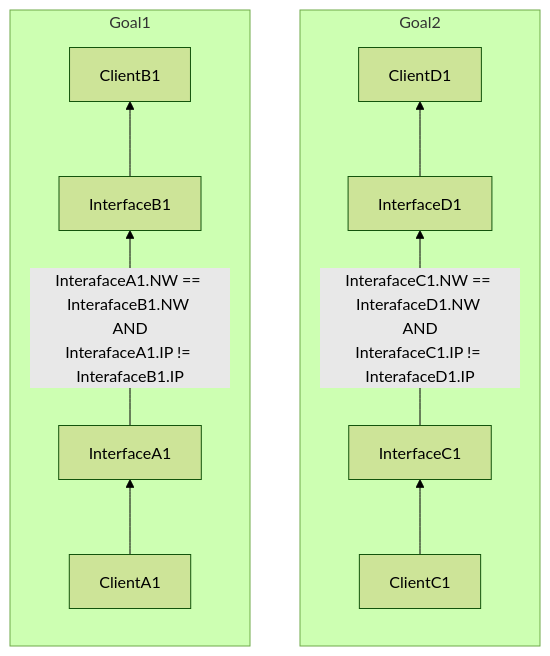
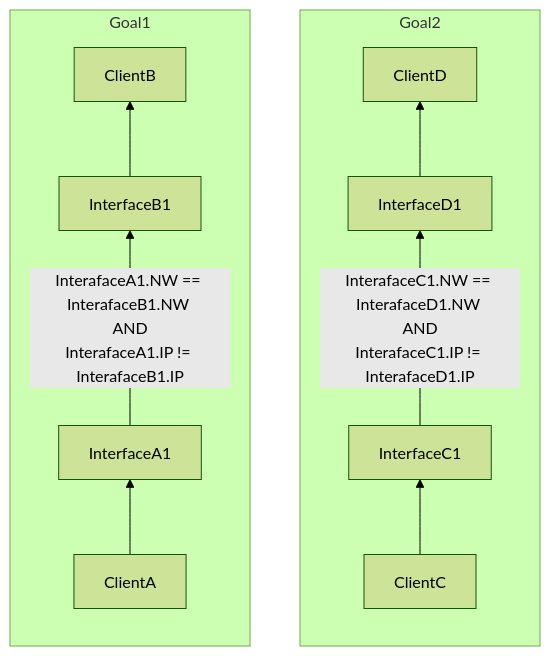
The first of 2 diagrams in level1.md (rikeda-cloud/net_practice), drawn with Mermaid (forest theme) before and after one commit. The commit also changed other lines of this file and 2 other files, not shown here.

````diff
--- a/level1.md
+++ b/level1.md
@@ -12,11 +12,11 @@
 ```mermaid
 flowchart
 subgraph Goal2
     direction BT
-    ClientC1-->InterfaceC1--InterafaceC1.NW == InterafaceD1.NW <br>AND<br>InterafaceC1.IP != InterafaceD1.IP-->InterfaceD1-->ClientD1
+    ClientC-->InterfaceC1--InterafaceC1.NW == InterafaceD1.NW <br>AND<br>InterafaceC1.IP != InterafaceD1.IP-->InterfaceD1-->ClientD
 end
 subgraph Goal1
     direction BT
-    ClientA1-->InterfaceA1--InterafaceA1.NW == InterafaceB1.NW <br>AND<br>InterafaceA1.IP != InterafaceB1.IP-->InterfaceB1-->ClientB1
+    ClientA-->InterfaceA1--InterafaceA1.NW == InterafaceB1.NW <br>AND<br>InterafaceA1.IP != InterafaceB1.IP-->InterfaceB1-->ClientB
 end
 ```
````
